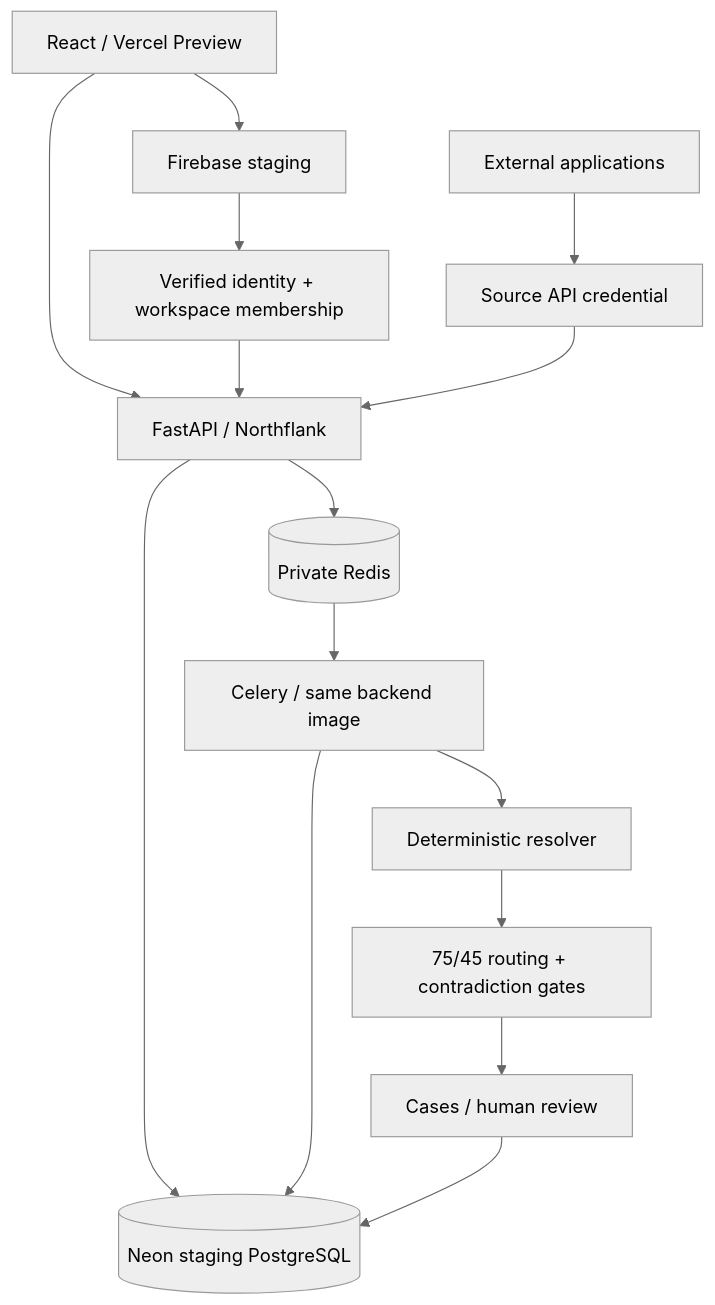
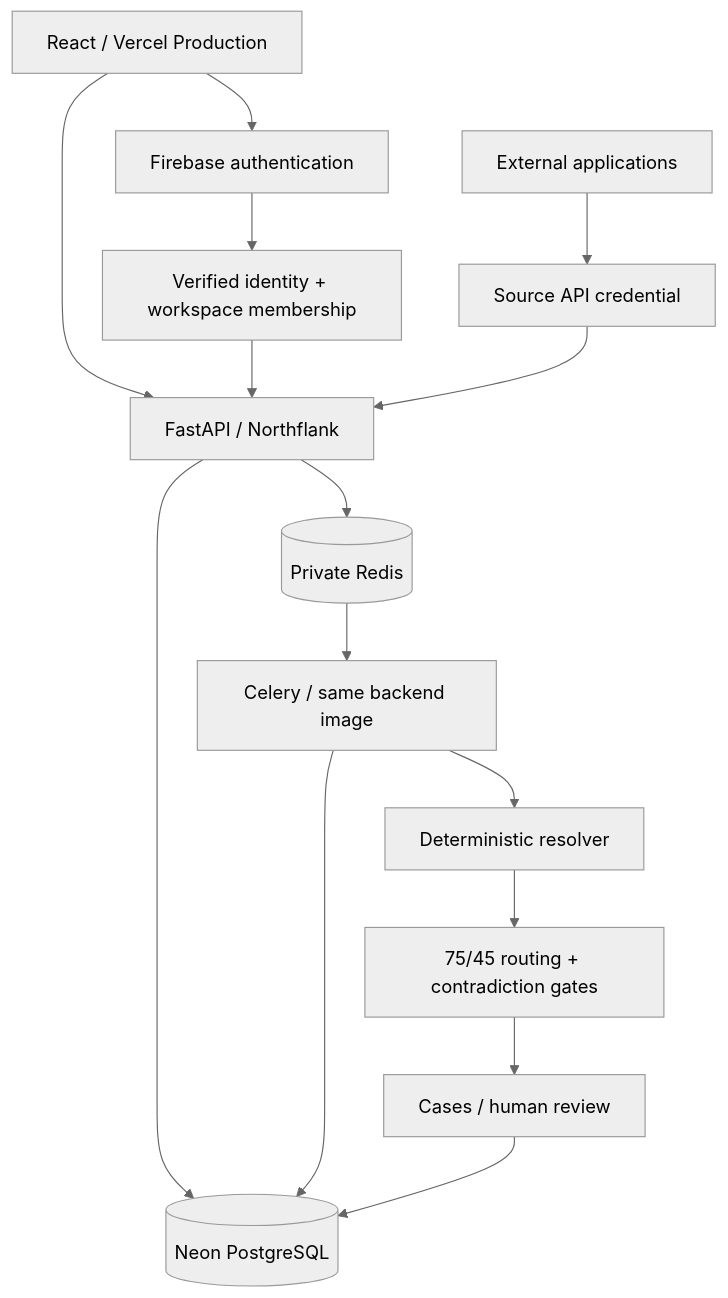
One commit to farazkhan-05/contact-resolution-workbench changed the diagram in docs/productization-architecture.md. Above: the diagram before and after it, drawn with Mermaid (neutral theme). The commit also changed other lines of this file and 8 other files, not shown here.

````diff
--- a/docs/productization-architecture.md
+++ b/docs/productization-architecture.md
@@ -21,17 +21,17 @@
 ```mermaid
 flowchart TD
-    Browser[React / Vercel Preview] --> Firebase[Firebase staging]
+    Browser[React / Vercel Production] --> Firebase[Firebase authentication]
     Browser --> API[FastAPI / Northflank]
     Firebase --> Verify[Verified identity + workspace membership]
     Verify --> API
     External[External applications] --> Source[Source API credential]
     Source --> API
-    API --> DB[(Neon staging PostgreSQL)]
+    API --> DB[(Neon PostgreSQL)]
     API --> Redis[(Private Redis)]
     Redis --> Worker[Celery / same backend image]
     Worker --> DB
     Worker --> Resolver[Deterministic resolver]
     Resolver --> Routing[75/45 routing + contradiction gates]
     Routing --> Cases[Cases / human review]
     Cases --> DB
 ```
````
